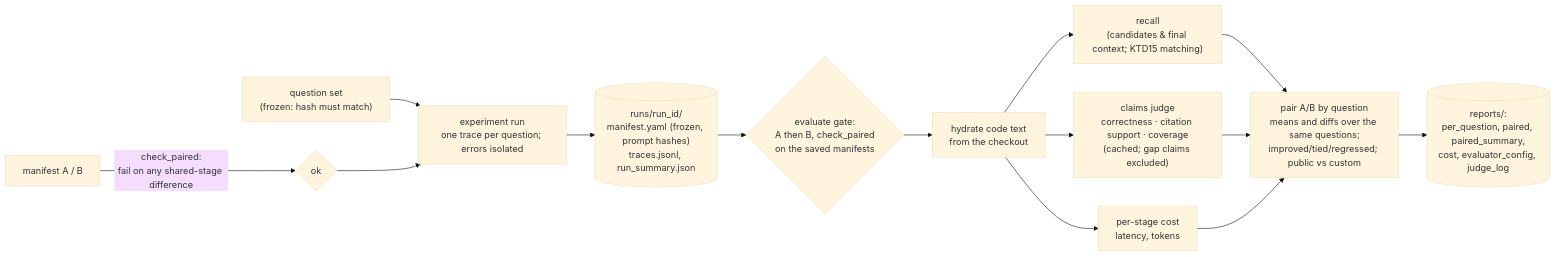
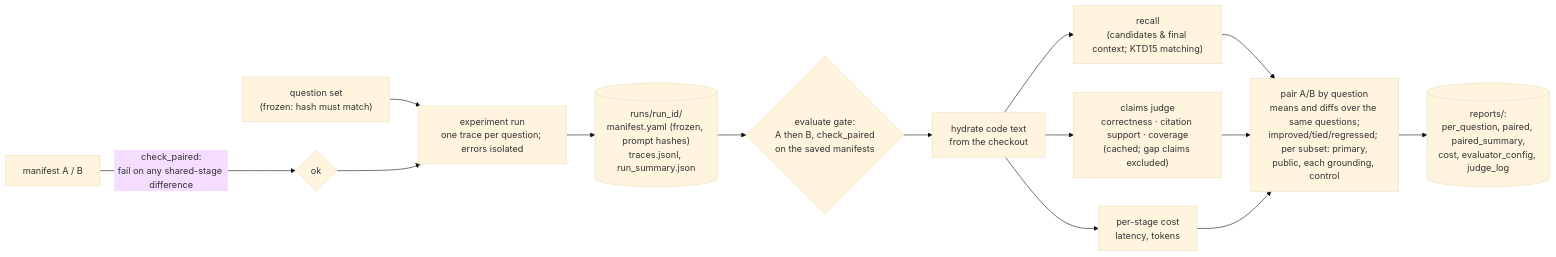
The ninth of 9 diagrams in docs/architecture.md (andresdp/design-wiki-bridge), drawn with Mermaid (base theme) before and after one commit. The commit also changed other lines of this file and 6 other files, not shown here.

````diff
--- a/docs/architecture.md
+++ b/docs/architecture.md
@@ -319,14 +320,14 @@
 ```mermaid
 flowchart LR
     M["manifest A / B"] -->|"check_paired:<br/>fail on any shared-stage difference"| OK{ok}
     QS["question set<br/>(frozen: hash must match)"] --> RUN
     OK --> RUN["experiment run<br/>one trace per question; errors isolated"]
     RUN --> TR[("runs/run_id/<br/>manifest.yaml (frozen, prompt hashes)<br/>traces.jsonl, run_summary.json")]
     TR --> GATE{"evaluate gate:<br/>A then B, check_paired<br/>on the saved manifests"}
     GATE --> HY["hydrate code text<br/>from the checkout"]
     HY --> REC["recall<br/>(candidates & final context; KTD15 matching)"]
     HY --> JUD["claims judge<br/>correctness · citation support · coverage<br/>(cached; gap claims excluded)"]
     HY --> COST["per-stage cost<br/>latency, tokens"]
-    REC & JUD & COST --> PAIR["pair A/B by question<br/>means and diffs over the same questions;<br/>improved/tied/regressed; public vs custom"]
+    REC & JUD & COST --> PAIR["pair A/B by question<br/>means and diffs over the same questions;<br/>improved/tied/regressed; per subset: primary,<br/>public, each grounding, control"]
     PAIR --> REP[("reports/:<br/>per_question, paired, paired_summary,<br/>cost, evaluator_config, judge_log")]
 ```
````
